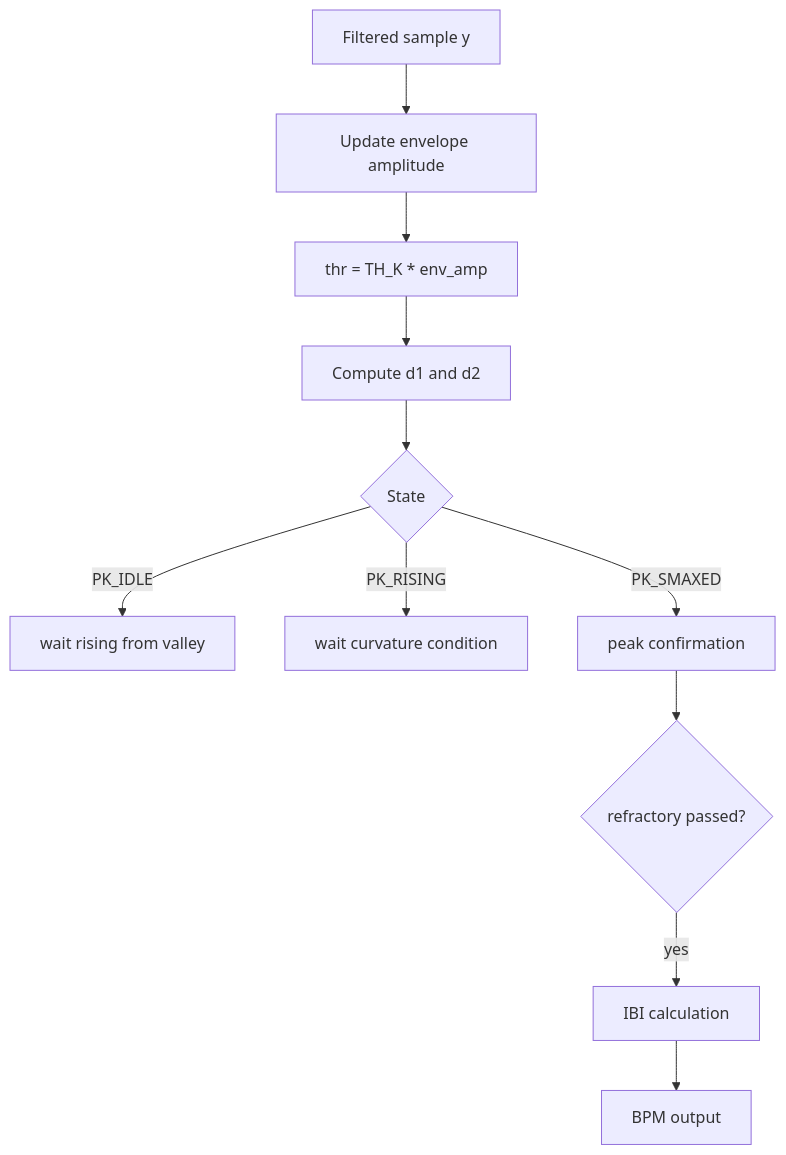
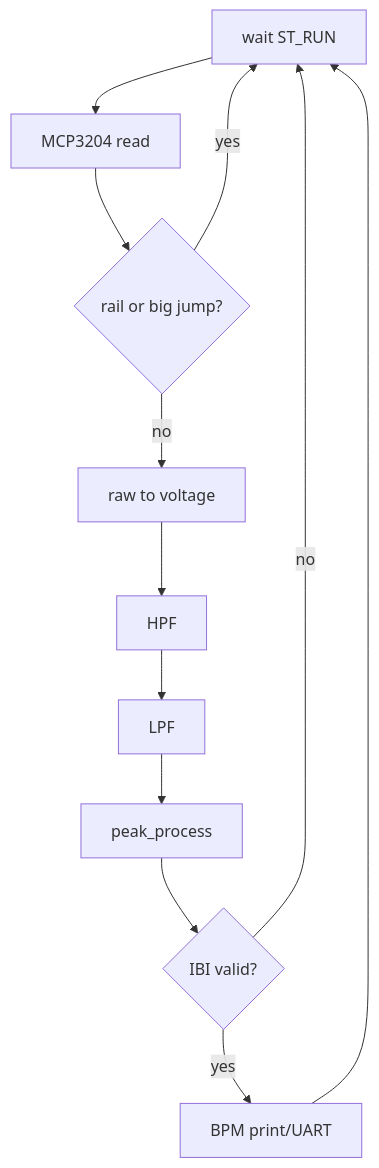
Before and after one commit to Tontonjeong/Sleep-monitoring-and-prevention-device: the second of 2 diagrams in docs/code/ppg_c.md, drawn with Mermaid. The commit also changed other lines of this file and 43 other files, not shown here.

````diff
--- a/docs/code/ppg_c.md
+++ b/docs/code/ppg_c.md
@@ -76,13 +196,14 @@
 ```mermaid
 flowchart TD
-    A[Filtered sample y] --> B[Update envelope amplitude]
-    B --> C[thr = TH_K * env_amp]
-    C --> D[Compute d1 and d2]
-    D --> E{State}
-    E -->|PK_IDLE| F[wait rising from valley]
-    E -->|PK_RISING| G[wait curvature condition]
-    E -->|PK_SMAXED| H[peak confirmation]
-    H --> I{refractory passed?}
-    I -->|yes| J[IBI calculation]
-    J --> K[BPM output]
+    A[wait ST_RUN] --> B[MCP3204 read]
+    B --> C{rail or big jump?}
+    C -->|yes| A
+    C -->|no| D[raw to voltage]
+    D --> E[HPF]
+    E --> F[LPF]
+    F --> G[peak_process]
+    G --> H{IBI valid?}
+    H -->|yes| I[BPM print/UART]
+    H -->|no| A
+    I --> A
 ```
````
